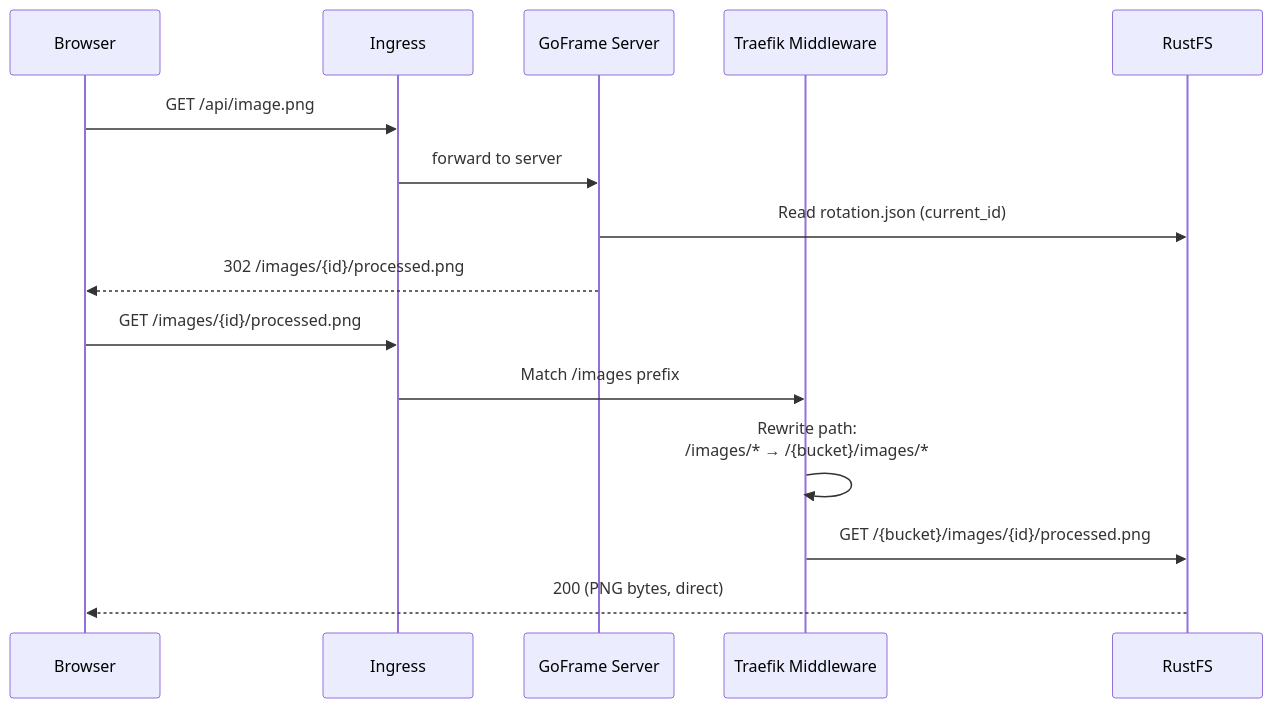
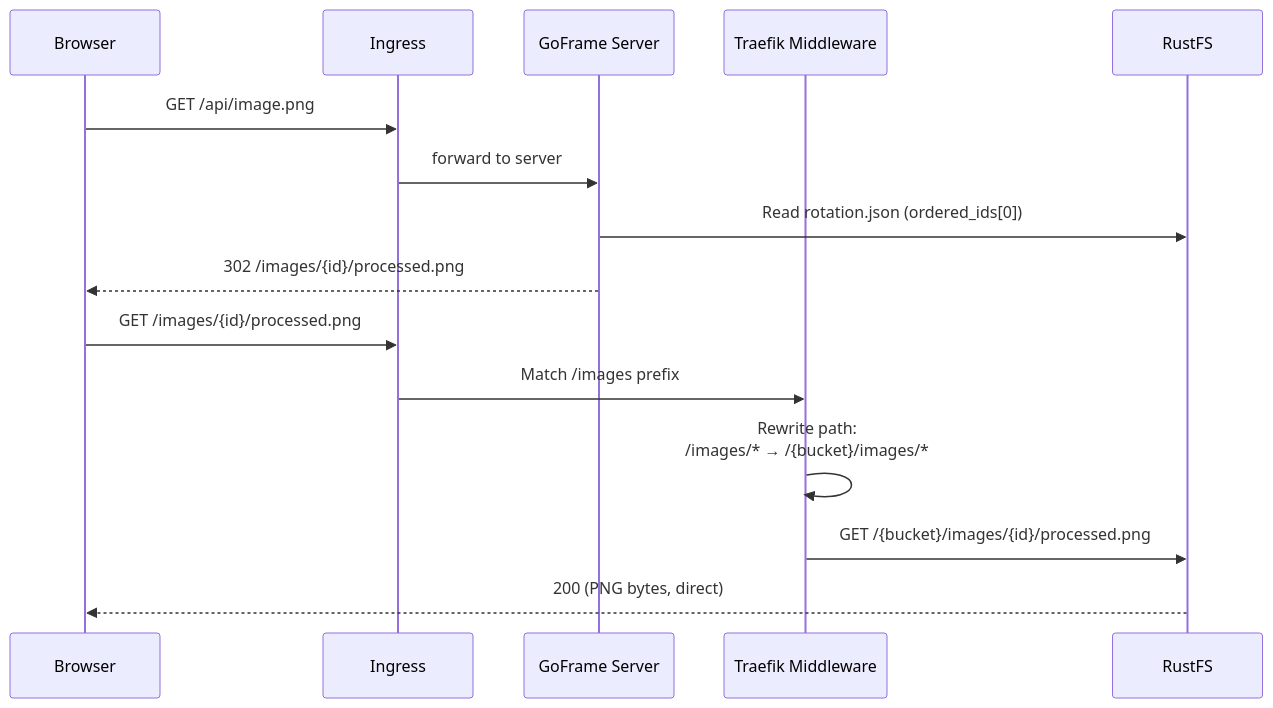
One commit to jo-hoe/goframe changed the third of 7 diagrams in docs/architecture.md. Above: the diagram before and after it, drawn with Mermaid. The commit also changed other lines of this file and 3 other files, not shown here.

````diff
--- a/docs/architecture.md
+++ b/docs/architecture.md
@@ -90,19 +90,19 @@
 ```mermaid
 sequenceDiagram
     participant B as Browser
     participant I as Ingress
     participant S as GoFrame Server
     participant MW as Traefik Middleware
     participant R as RustFS
 
     B->>I: GET /api/image.png
     I->>S: forward to server
-    S->>R: Read rotation.json (current_id)
+    S->>R: Read rotation.json (ordered_ids[0])
     S-->>B: 302 /images/{id}/processed.png
 
     B->>I: GET /images/{id}/processed.png
     I->>MW: Match /images prefix
     MW->>MW: Rewrite path:<br/>/images/* → /{bucket}/images/*
     MW->>R: GET /{bucket}/images/{id}/processed.png
     R-->>B: 200 (PNG bytes, direct)
 ```
````
